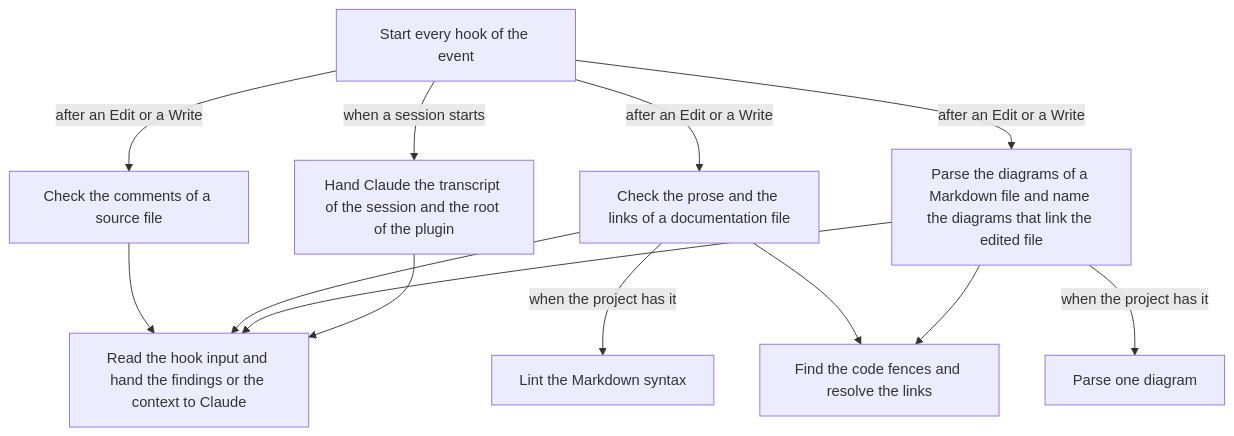
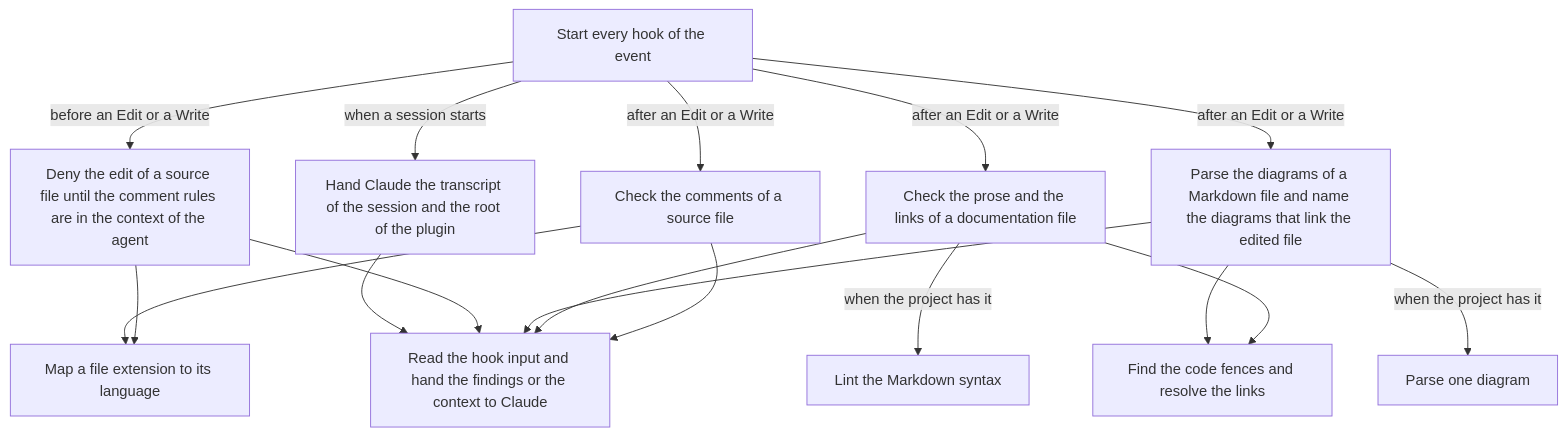
The diagram in hooks/README.md (renefatuaki/skills), drawn with Mermaid before and after one commit. The commit also changed other lines of this file and 10 other files, not shown here.

First line of the commit message:
fix(code-comments): hand every agent the comment rules before its first code edit (#19)

````diff
--- a/hooks/README.md
+++ b/hooks/README.md
@@ -5,17 +5,21 @@
 ```mermaid
 flowchart TD
-  accTitle: What happens when a session starts and after Claude edits a file?
+  accTitle: What happens when a session starts, before Claude edits a file and after?
   hooksJson["Start every hook of the event"]
   hooksJson -->|"when a session starts"| sessionContext["Hand Claude the transcript of the session and the root of the plugin"]
+  hooksJson -->|"before an Edit or a Write"| loadCommentRules["Deny the edit of a source file until the comment rules are in the context of the agent"]
   hooksJson -->|"after an Edit or a Write"| checkComments["Check the comments of a source file"]
   hooksJson -->|"after an Edit or a Write"| checkDocs["Check the prose and the links of a documentation file"]
   hooksJson -->|"after an Edit or a Write"| checkDiagrams["Parse the diagrams of a Markdown file and name the diagrams that link the edited file"]
   checkDocs -->|"when the project has it"| markdownlint["Lint the Markdown syntax"]
   checkDiagrams -->|"when the project has it"| mermaid["Parse one diagram"]
   checkDocs --> markdown["Find the code fences and resolve the links"]
   checkDiagrams --> markdown
   checkComments --> hook["Read the hook input and hand the findings or the context to Claude"]
   checkDocs --> hook
   checkDiagrams --> hook
+  loadCommentRules --> languages["Map a file extension to its language"]
+  checkComments --> languages
+  loadCommentRules --> hook
   sessionContext --> hook
 ```
````
